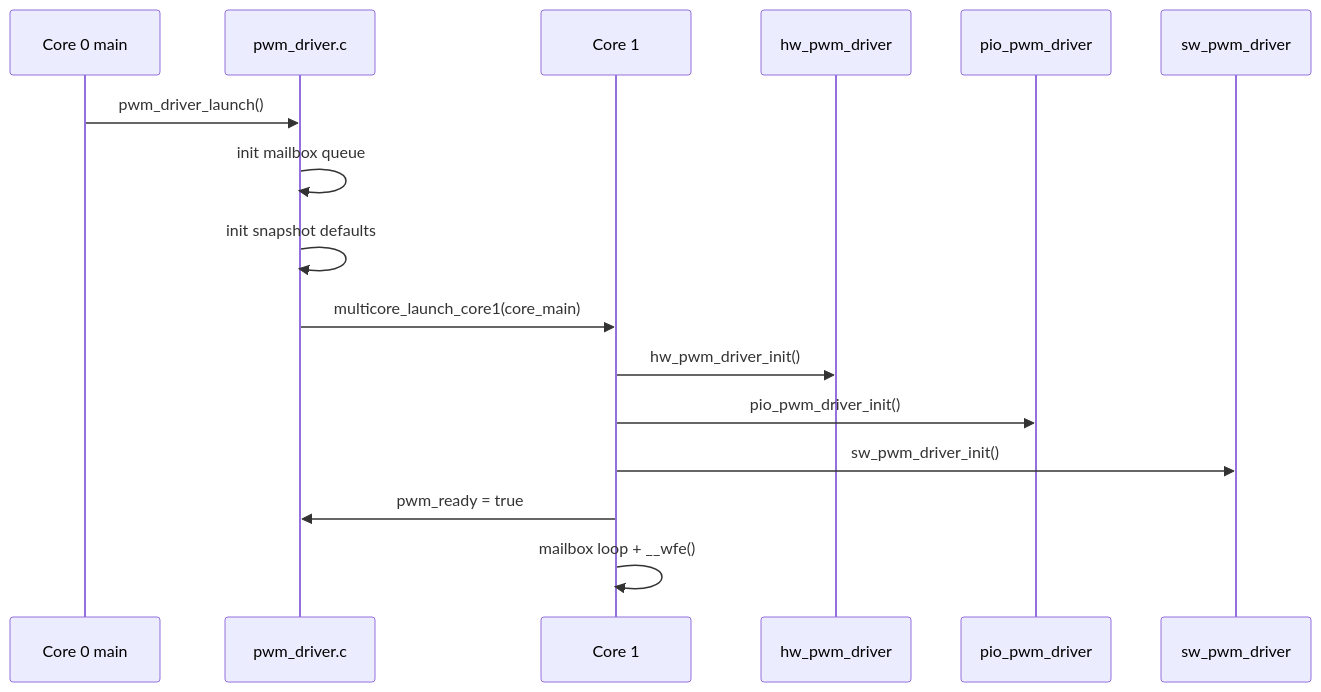
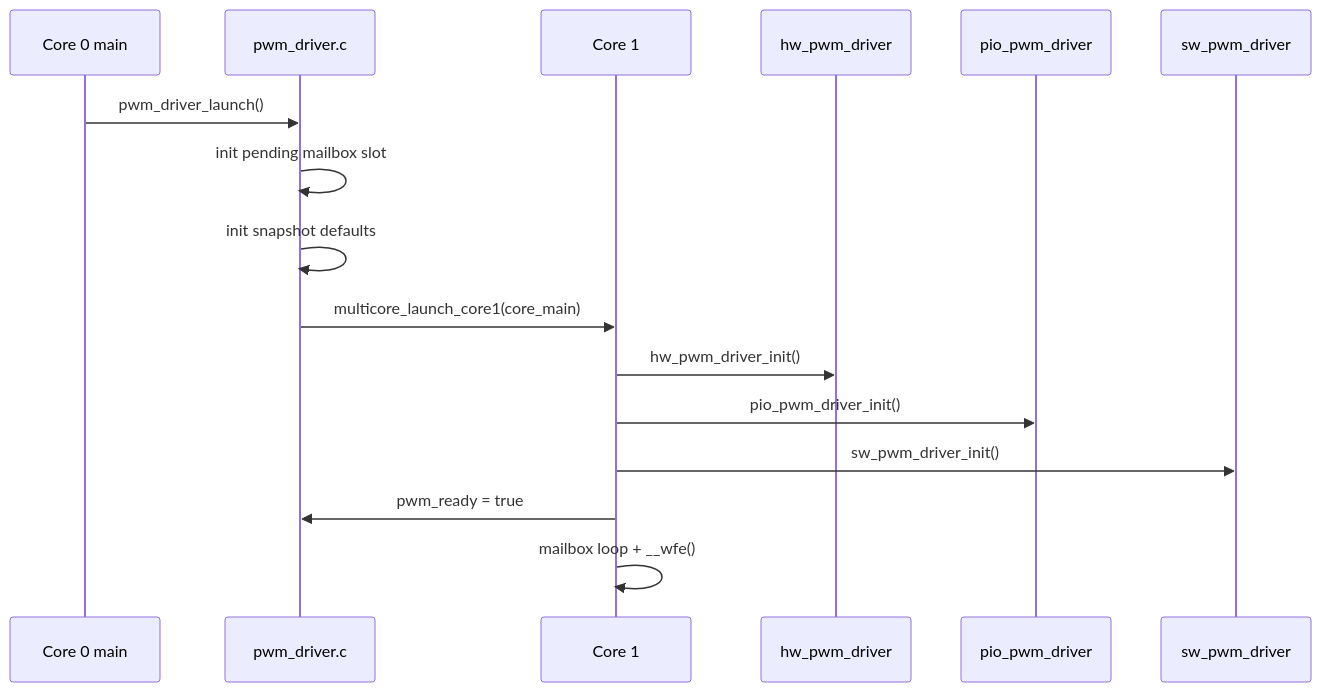
One commit to djwinter29-oss/PicoPWM changed the third of 6 diagrams in docs/detail/pwm_driver_design.md. Above: the diagram before and after it, drawn with Mermaid. The commit also changed other lines of this file and 12 other files, not shown here.

````diff
--- a/docs/detail/pwm_driver_design.md
+++ b/docs/detail/pwm_driver_design.md
@@ -231,19 +242,19 @@
 ```mermaid
 sequenceDiagram
     participant C0 as Core 0 main
     participant WR as pwm_driver.c
     participant C1 as Core 1
     participant HW as hw_pwm_driver
     participant PIO as pio_pwm_driver
     participant SW as sw_pwm_driver
 
     C0->>WR: pwm_driver_launch()
-    WR->>WR: init mailbox queue
+    WR->>WR: init pending mailbox slot
     WR->>WR: init snapshot defaults
     WR->>C1: multicore_launch_core1(core_main)
     C1->>HW: hw_pwm_driver_init()
     C1->>PIO: pio_pwm_driver_init()
     C1->>SW: sw_pwm_driver_init()
     C1->>WR: pwm_ready = true
     C1->>C1: mailbox loop + __wfe()
 ```
````
